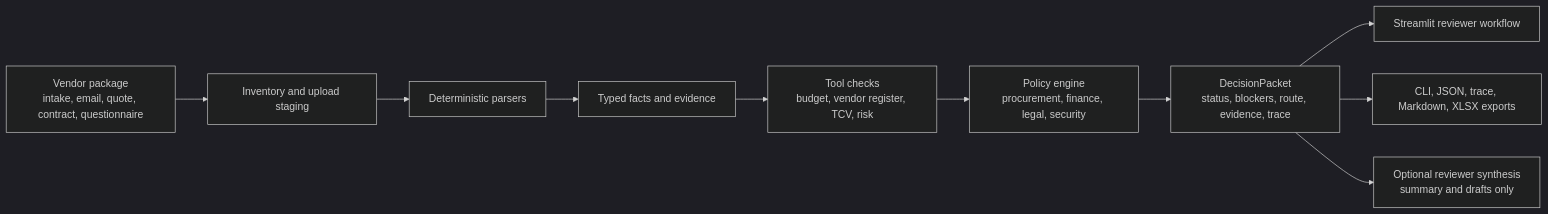
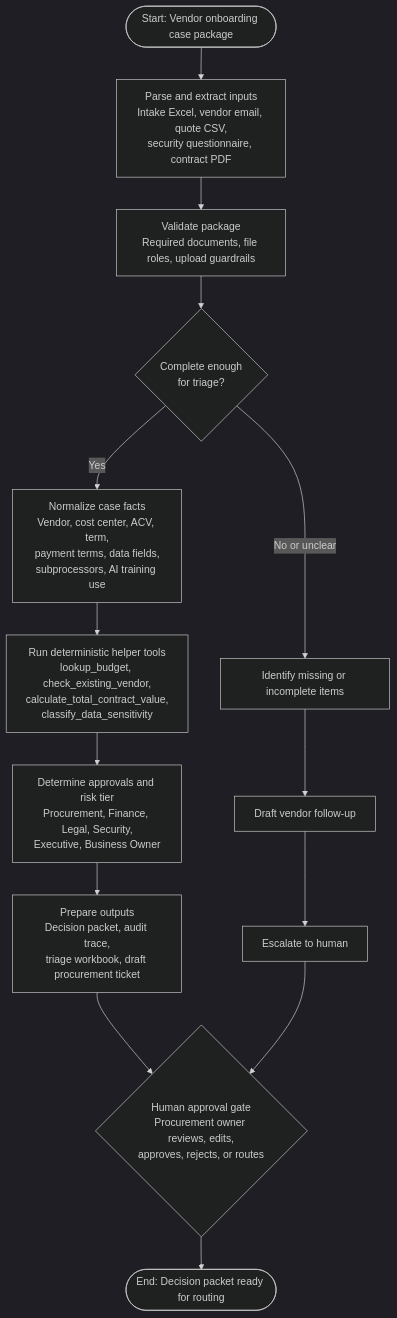
One commit to nicolairobles/accelerant-vendor-onboarding-agent changed the diagram in README.md. Above: the diagram before and after it, drawn with Mermaid (dark theme). The commit also changed other lines of this file and 1 other file, not shown here.

Commit message:
Align architecture diagrams with exam workflow

````diff
--- a/README.md
+++ b/README.md
@@ -23,12 +23,24 @@
 ```mermaid
-flowchart LR
-    A["Vendor package<br/>intake, email, quote, contract, questionnaire"] --> B["Inventory and upload staging"]
-    B --> C["Deterministic parsers"]
-    C --> D["Typed facts and evidence"]
-    D --> E["Tool checks<br/>budget, vendor register, TCV, risk"]
-    E --> F["Policy engine<br/>procurement, finance, legal, security"]
-    F --> G["DecisionPacket<br/>status, blockers, route, evidence, trace"]
-    G --> H["Streamlit reviewer workflow"]
-    G --> I["CLI, JSON, trace, Markdown, XLSX exports"]
-    G --> J["Optional reviewer synthesis<br/>summary and drafts only"]
+flowchart TB
+    A(["Start: Vendor onboarding case package"])
+    B["Parse and extract inputs<br/>Intake Excel, vendor email, quote CSV,<br/>security questionnaire, contract PDF"]
+    C["Validate package<br/>Required documents, file roles, upload guardrails"]
+    D{"Complete enough<br/>for triage?"}
+
+    E["Normalize case facts<br/>Vendor, cost center, ACV, term,<br/>payment terms, data fields,<br/>subprocessors, AI training use"]
+    F["Run deterministic helper tools<br/>lookup_budget, check_existing_vendor,<br/>calculate_total_contract_value,<br/>classify_data_sensitivity"]
+    G["Determine approvals and risk tier<br/>Procurement, Finance, Legal, Security,<br/>Executive, Business Owner"]
+    H["Prepare outputs<br/>Decision packet, audit trace,<br/>triage workbook, draft procurement ticket"]
+
+    I["Identify missing or incomplete items"]
+    J["Draft vendor follow-up"]
+    K["Escalate to human"]
+
+    L{"Human approval gate<br/>Procurement owner reviews, edits,<br/>approves, rejects, or routes"}
+    M(["End: Decision packet ready for routing"])
+
+    A --> B --> C --> D
+    D -- "Yes" --> E --> F --> G --> H --> L
+    D -- "No or unclear" --> I --> J --> K --> L
+    L --> M
 ```
````
